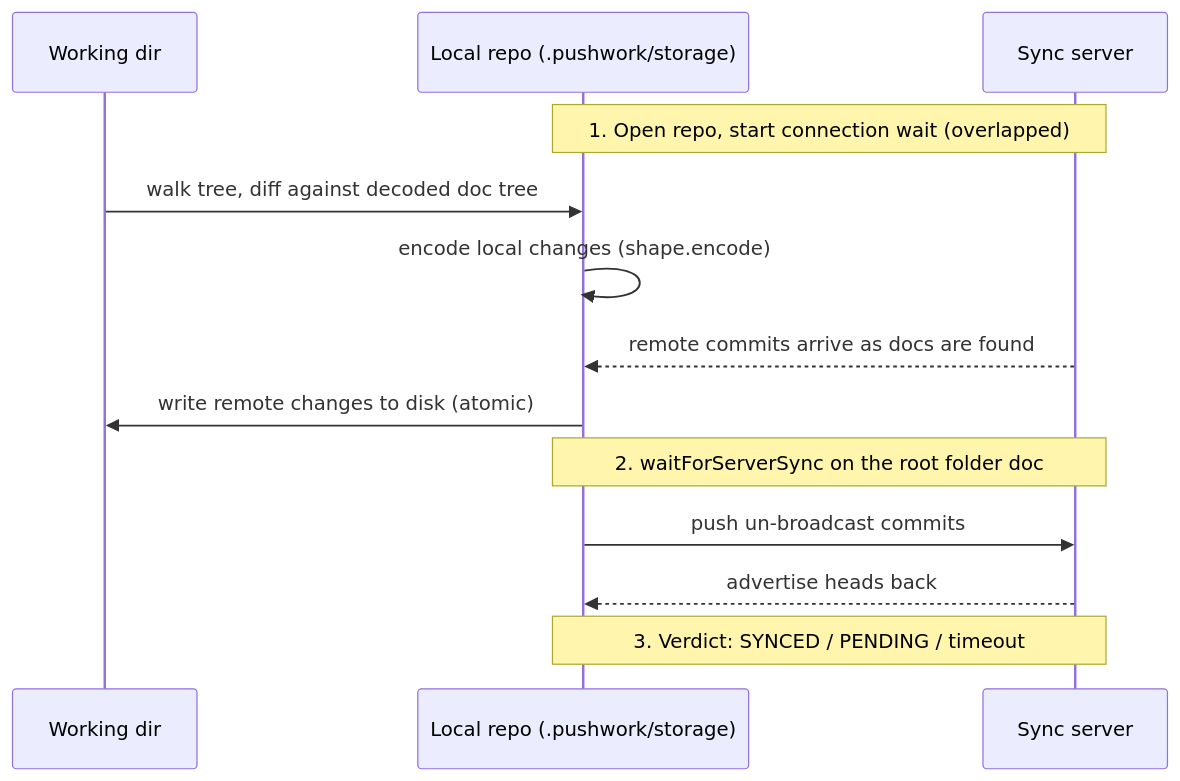
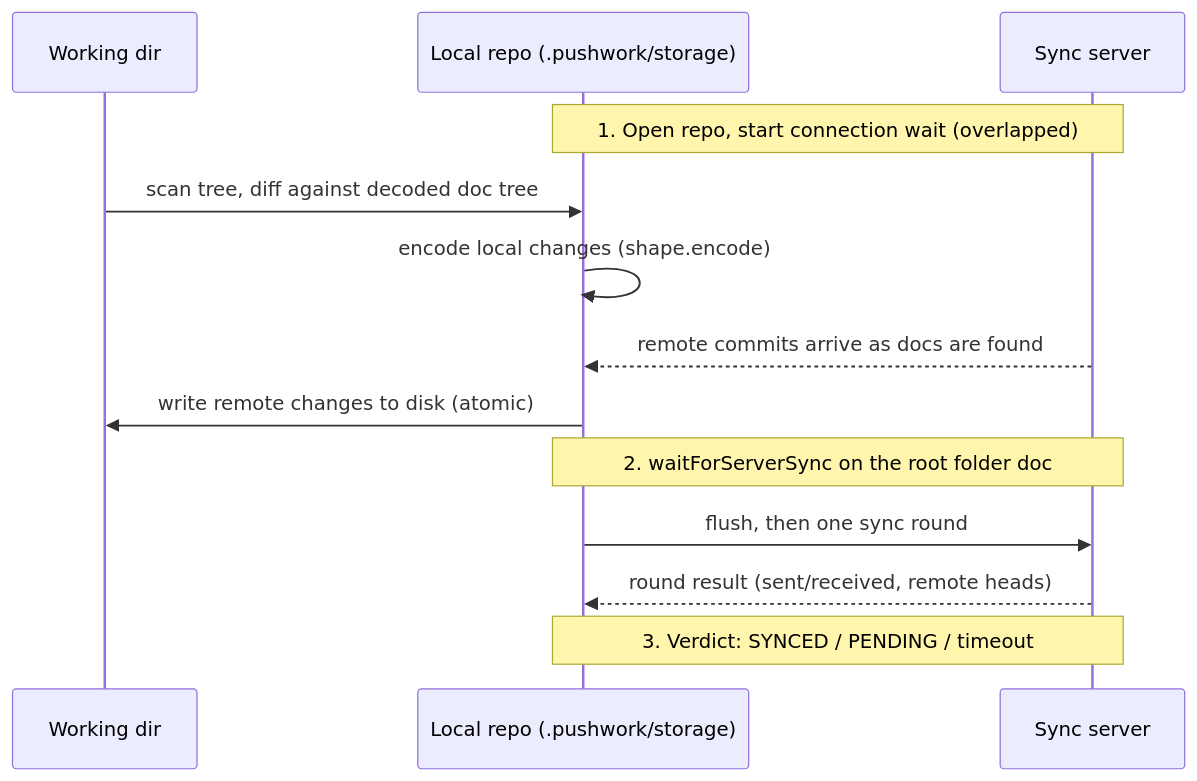
One commit to inkandswitch/pushwork changed the diagram in design/sync.md. Above: the diagram before and after it, drawn with Mermaid. The commit also changed other lines of this file and 7 other files, not shown here.

````diff
--- a/design/sync.md
+++ b/design/sync.md
@@ -7,16 +7,16 @@
 ```mermaid
 sequenceDiagram
     participant W as Working dir
     participant L as Local repo (.pushwork/storage)
     participant S as Sync server
 
     Note over L,S: 1. Open repo, start connection wait (overlapped)
-    W->>L: walk tree, diff against decoded doc tree
+    W->>L: scan tree, diff against decoded doc tree
     L->>L: encode local changes (shape.encode)
     S-->>L: remote commits arrive as docs are found
     L->>W: write remote changes to disk (atomic)
     Note over L,S: 2. waitForServerSync on the root folder doc
-    L->>S: push un-broadcast commits
-    S-->>L: advertise heads back
+    L->>S: flush, then one sync round
+    S-->>L: round result (sent/received, remote heads)
     Note over L,S: 3. Verdict: SYNCED / PENDING / timeout
 ```
````
